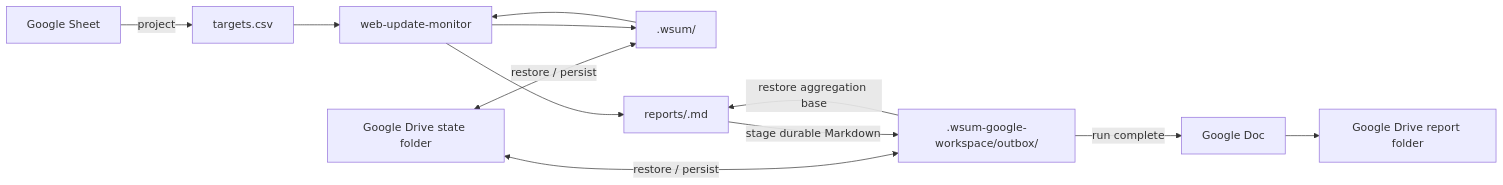
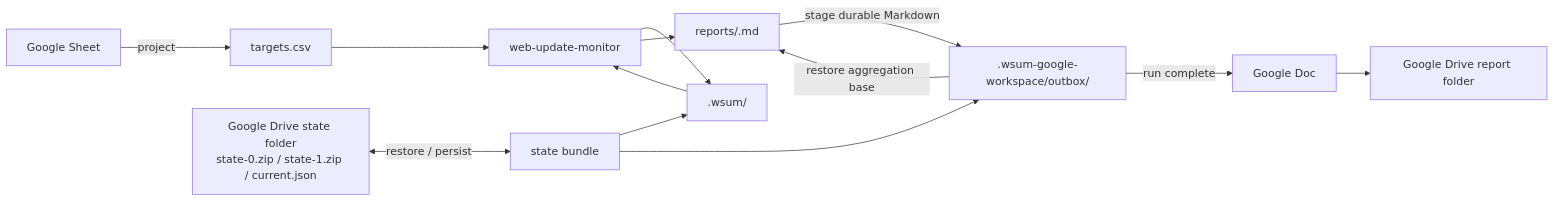
One commit to dceoy/wsum changed the diagram in skills/web-update-monitor-gws/SKILL.md. Above: the diagram before and after it, drawn with Mermaid. The commit also changed other lines of this file, not shown here.

Commit message:
Use two-slot ZIP state for GWS persistence

````diff
--- a/skills/web-update-monitor-gws/SKILL.md
+++ b/skills/web-update-monitor-gws/SKILL.md
@@ -16,14 +16,15 @@
 ```mermaid
 flowchart LR
     GS["Google Sheet"] -->|project| CSV["targets.csv"]
-    DS["Google Drive state folder"] <-->|restore / persist| STATE[".wsum/"]
-    DS <-->|restore / persist| OUT[".wsum-google-workspace/outbox/"]
+    DS["Google Drive state folder<br/>state-0.zip / state-1.zip / current.json"] <-->|restore / persist| BUNDLE["state bundle"]
+    BUNDLE --> STATE[".wsum/"]
+    BUNDLE --> OUT[".wsum-google-workspace/outbox/"]
     CSV --> CORE["web-update-monitor"]
     STATE --> CORE
     CORE --> STATE
     CORE --> REPORT["reports/<run-id>.md"]
     OUT -->|restore aggregation base| REPORT
     REPORT -->|stage durable Markdown| OUT
     OUT -->|run complete| GDOC["Google Doc"]
     GDOC --> DR["Google Drive report folder"]
 ```
````
